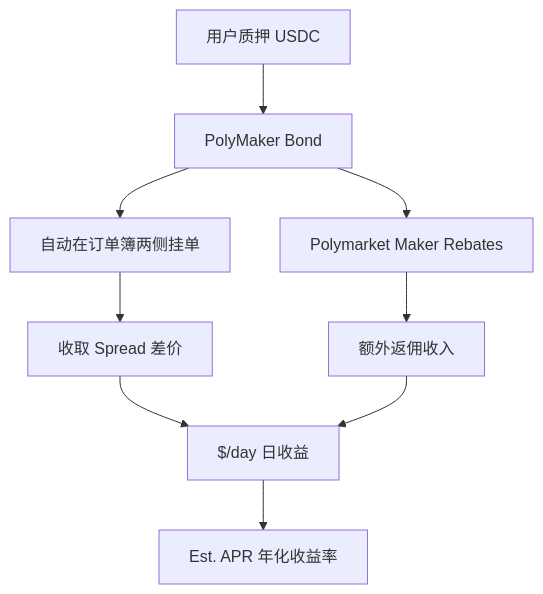
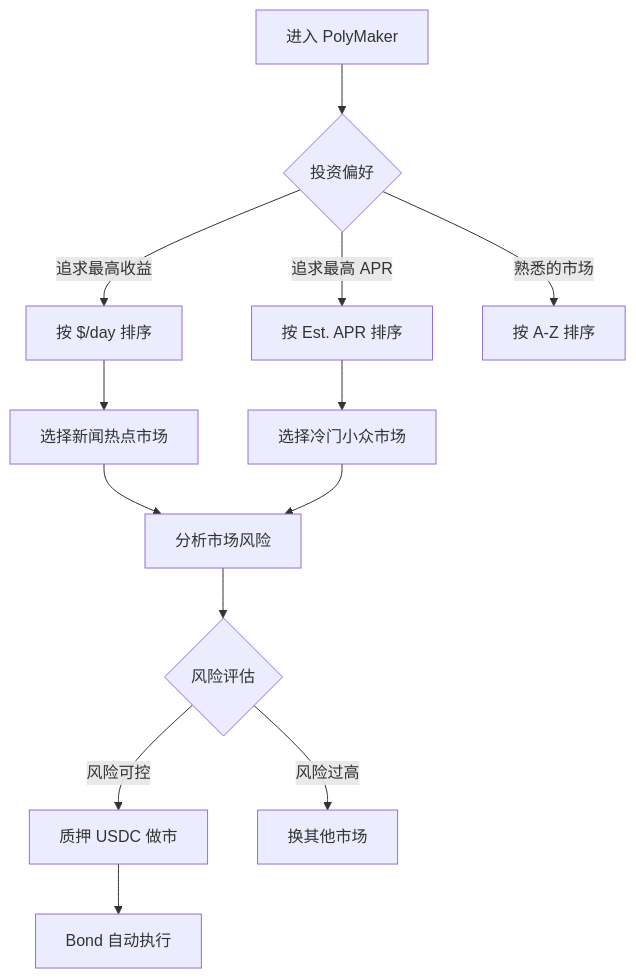
Before and after one commit to survivorff/polymarket_research: the third of 5 diagrams in research/14_polymaker/analysis.md, drawn with Mermaid. The commit also changed other lines of this file and 10 other files, not shown here.

First line of the commit message:
深度补充11个平台分析报告：实测数据、完整UX路径、Mermaid流程图

````diff
--- a/research/14_polymaker/analysis.md
+++ b/research/14_polymaker/analysis.md
@@ -59,12 +102,15 @@
 ```mermaid
 flowchart TD
-    A[用户质押 USDC] --> B[PolyMaker Bond]
-    B --> C[自动在订单簿两侧挂单]
-    C --> D[收取 Spread 差价]
-    D --> E[$/day 日收益]
-    E --> F[Est. APR 年化收益率]
-    
-    B --> G[Polymarket Maker Rebates]
-    G --> H[额外返佣收入]
-    H --> E
+    A[进入 PolyMaker] --> B{投资偏好}
+    B -->|追求最高收益| C[按 $/day 排序]
+    B -->|追求最高 APR| D[按 Est. APR 排序]
+    B -->|熟悉的市场| E[按 A-Z 排序]
+    C --> F[选择新闻热点市场]
+    D --> G[选择冷门小众市场]
+    F --> H[分析市场风险]
+    G --> H
+    H --> I{风险评估}
+    I -->|风险可控| J[质押 USDC 做市]
+    I -->|风险过高| K[换其他市场]
+    J --> L[Bond 自动执行]
 ```
````
